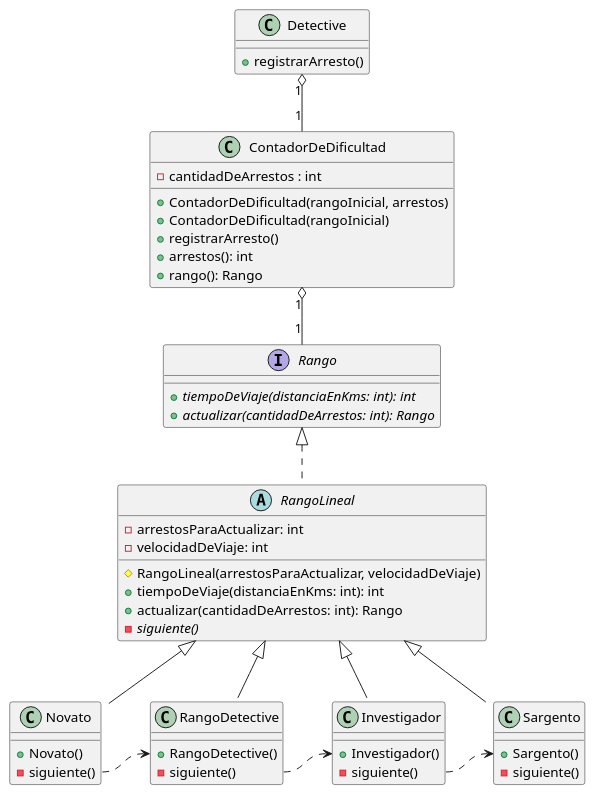
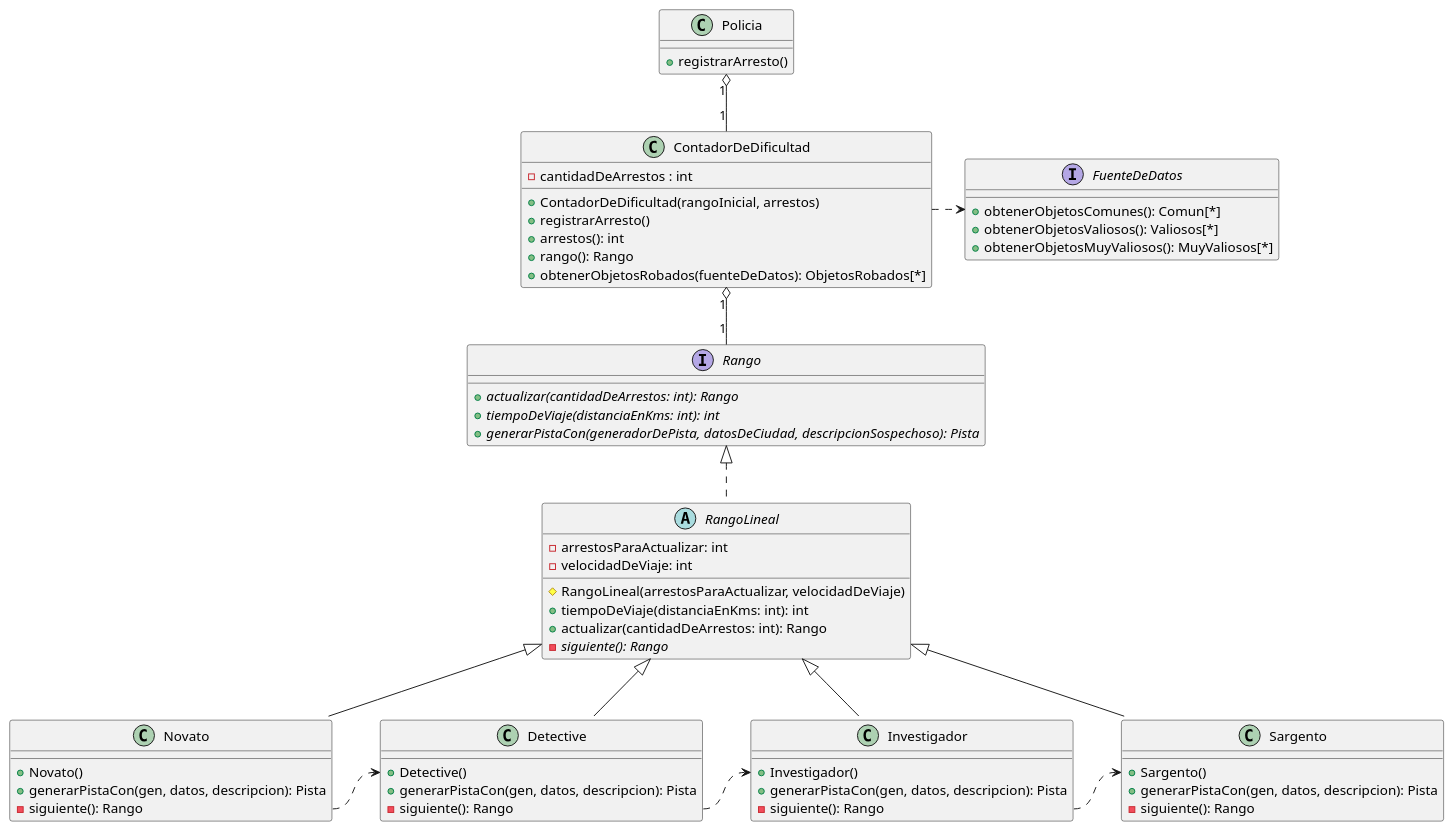
Before and after one commit to MegaRedHand/algo-thief: the diagram in diagrams/classes/clase_rango.plantuml, drawn with PlantUML. The commit also changed 37 other files, not shown here.

Commit message:
docs: actualizo los diagramas de clase

```diff
--- a/diagrams/classes/clase_rango.plantuml
+++ b/diagrams/classes/clase_rango.plantuml
@@ -1,53 +1,65 @@
 @startuml
 
-class Detective {
+class Policia {
     + registrarArresto()
 }
 
 interface Rango {
+    + {abstract} actualizar(cantidadDeArrestos: int): Rango
     + {abstract} tiempoDeViaje(distanciaEnKms: int): int
-    + {abstract} actualizar(cantidadDeArrestos: int): Rango
+    + {abstract} generarPistaCon(generadorDePista, datosDeCiudad, descripcionSospechoso): Pista
 }
 
 abstract class RangoLineal implements Rango {
     - arrestosParaActualizar: int
     - velocidadDeViaje: int
     # RangoLineal(arrestosParaActualizar, velocidadDeViaje)
     + tiempoDeViaje(distanciaEnKms: int): int
     + actualizar(cantidadDeArrestos: int): Rango
-    - {abstract} siguiente()
+    - {abstract} siguiente(): Rango
 }
 
 class Novato extends RangoLineal {
     + Novato()
-    - siguiente()
+    + generarPistaCon(gen, datos, descripcion): Pista
+    - siguiente(): Rango
 }
-class RangoDetective extends RangoLineal {
-    + RangoDetective()
-    - siguiente()
+class Detective extends RangoLineal {
+    + Detective()
+    + generarPistaCon(gen, datos, descripcion): Pista
+    - siguiente(): Rango
 }
 class Investigador extends RangoLineal {
     + Investigador()
-    - siguiente()
+    + generarPistaCon(gen, datos, descripcion): Pista
+    - siguiente(): Rango
 }
 class Sargento extends RangoLineal {
     + Sargento()
-    - siguiente()
+    + generarPistaCon(gen, datos, descripcion): Pista
+    - siguiente(): Rango
 }
 
 class ContadorDeDificultad {
     - cantidadDeArrestos : int
     + ContadorDeDificultad(rangoInicial, arrestos)
-    + ContadorDeDificultad(rangoInicial)
     + registrarArresto()
     + arrestos(): int
     + rango(): Rango
+    + obtenerObjetosRobados(fuenteDeDatos): ObjetosRobados[*]
 }
 
-Detective "1" o-- "1" ContadorDeDificultad
+interface FuenteDeDatos {
+    + obtenerObjetosComunes(): Comun[*]
+    + obtenerObjetosValiosos(): Valiosos[*]
+    + obtenerObjetosMuyValiosos(): MuyValiosos[*]
+}
+
+ContadorDeDificultad .> FuenteDeDatos
+Policia "1" o-- "1" ContadorDeDificultad
 ContadorDeDificultad "1" o-- "1" Rango
-Novato::siguiente .> RangoDetective::RangoDetective
-RangoDetective::siguiente .> Investigador::Investigador
+Novato::siguiente .> Detective::Detective
+Detective::siguiente .> Investigador::Investigador
 Investigador::siguiente .> Sargento::Sargento
 
 @enduml
```
